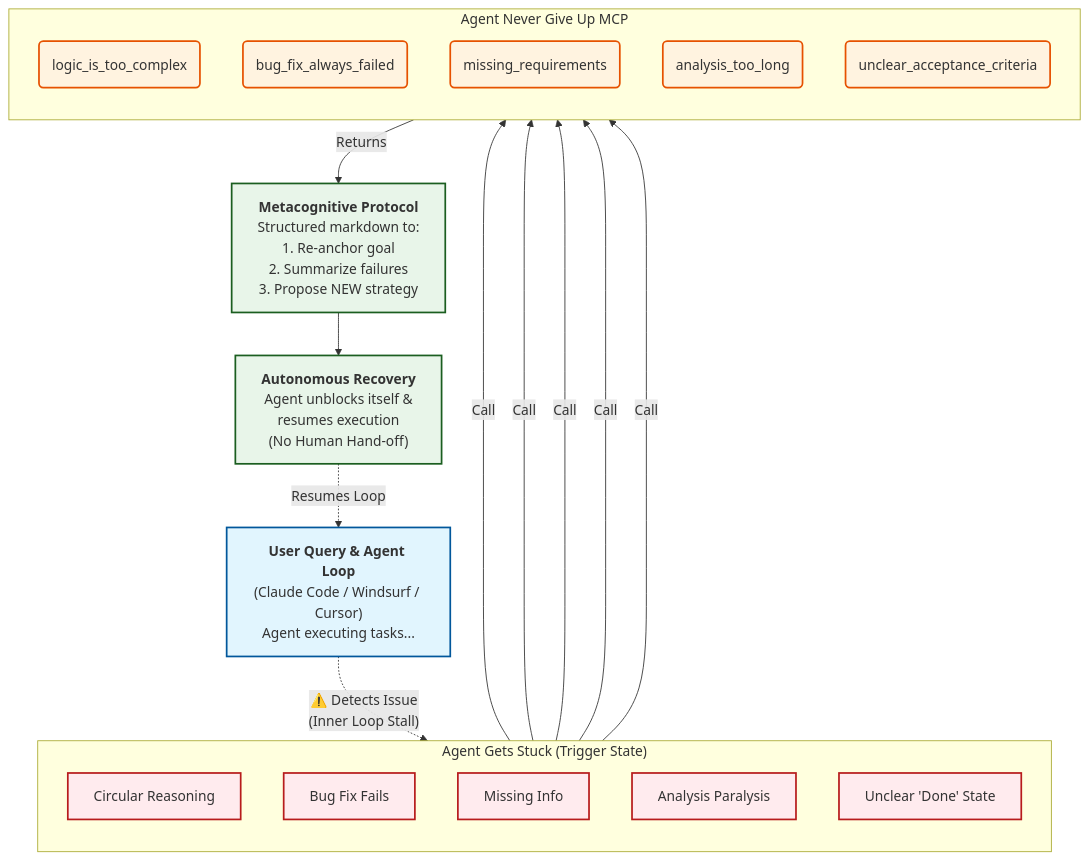
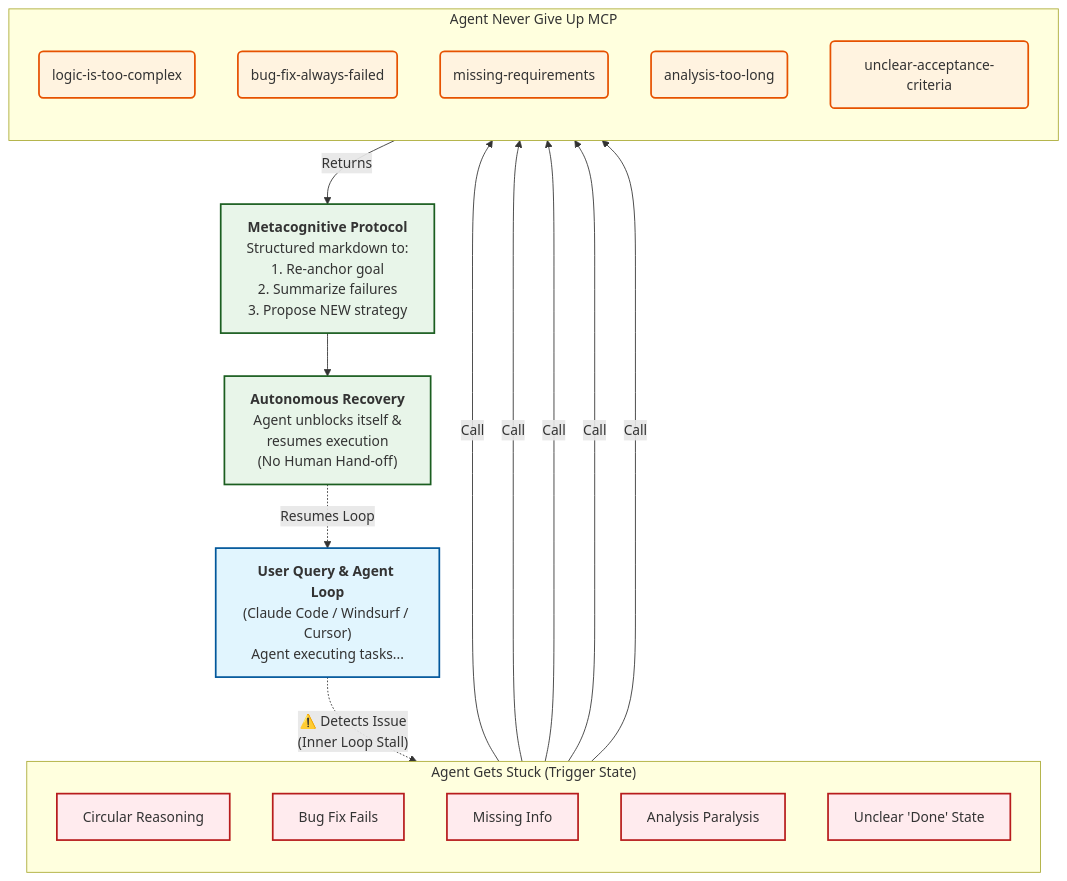
Before and after one commit to askman-dev/agent-never-give-up-mcp: the diagram in README.md, drawn with Mermaid. The commit also changed other lines of this file and 15 other files, not shown here.

````diff
--- a/README.md
+++ b/README.md
@@ -9,55 +9,55 @@
 ```mermaid
 graph TD
     %% 1. The Normal Loop
     UserLoop["<b>User Query & Agent Loop</b><br/>(Claude Code / Windsurf / Cursor)<br/>Agent executing tasks..."]
 
     %% 2. The Problem (Triggers)
     subgraph Triggers ["Agent Gets Stuck (Trigger State)"]
         direction TB
         S1["Circular Reasoning"]
         S2["Bug Fix Fails"]
         S3["Missing Info"]
         S4["Analysis Paralysis"]
         S5["Unclear 'Done' State"]
     end
 
     %% Flow: Loop -> Stuck
     UserLoop -.->|"⚠️ Detects Issue<br/>(Inner Loop Stall)"| Triggers
 
     %% 3. The Solution (MCP Call)
     subgraph MCP ["Agent Never Give Up MCP"]
         direction TB
-        T1(logic_is_too_complex)
-        T2(bug_fix_always_failed)
-        T3(missing_requirements)
-        T4(analysis_too_long)
-        T5(unclear_acceptance_criteria)
+        T1(logic-is-too-complex)
+        T2(bug-fix-always-failed)
+        T3(missing-requirements)
+        T4(analysis-too-long)
+        T5(unclear-acceptance-criteria)
     end
 
     %% Mapping Triggers to Tools
     S1 -->|Call| T1
     S2 -->|Call| T2
     S3 -->|Call| T3
     S4 -->|Call| T4
     S5 -->|Call| T5
 
     %% 4. The Response
     MCP -->|Returns| R1["<b>Metacognitive Protocol</b><br/>Structured markdown to:<br/>1. Re-anchor goal<br/>2. Summarize failures<br/>3. Propose NEW strategy"]
 
     %% 5. The Outcome
     R1 --> Result["<b>Autonomous Recovery</b><br/>Agent unblocks itself &<br/>resumes execution<br/>(No Human Hand-off)"]
 
     %% Cycle back to loop
     Result -.->|"Resumes Loop"| UserLoop
 
     %% Styling
     classDef loop fill:#e1f5fe,stroke:#01579b,stroke-width:2px;
     classDef trigger fill:#ffebee,stroke:#b71c1c,stroke-width:2px;
     classDef tool fill:#fff3e0,stroke:#e65100,stroke-width:2px;
     classDef response fill:#e8f5e9,stroke:#1b5e20,stroke-width:2px;
     
     class UserLoop loop;
     class S1,S2,S3,S4,S5 trigger;
     class T1,T2,T3,T4,T5 tool;
     class R1,Result response;
 ```
````
